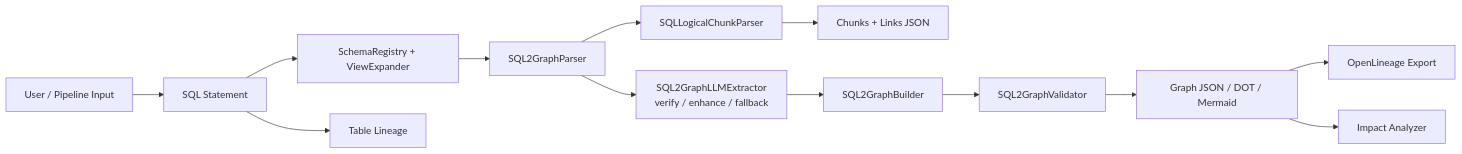
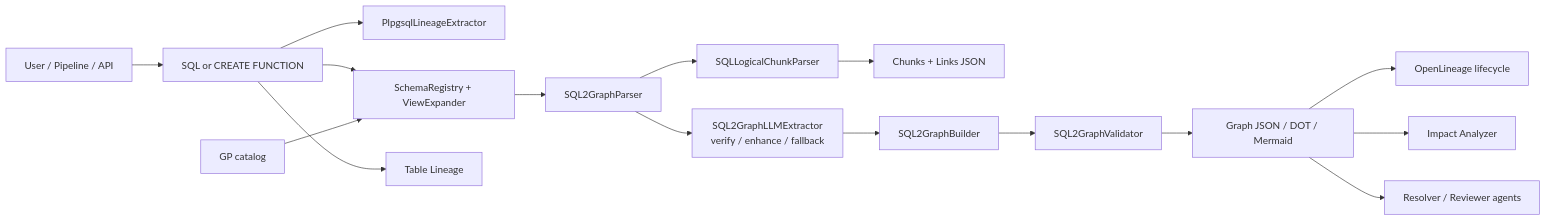
One commit to Xpehutta/llm4lineage changed the first of 2 diagrams in README.md. Above: the diagram before and after it, drawn with Mermaid. The commit also changed other lines of this file, not shown here.

First line of the commit message:
docs: refresh README for phases A–G (PL/pgSQL, API, agents, CI)

````diff
--- a/README.md
+++ b/README.md
@@ -33,16 +34,19 @@
 ```mermaid
 flowchart LR
-    U[User / Pipeline Input] --> Q1[SQL Statement]
+    U[User / Pipeline / API] --> Q1[SQL or CREATE FUNCTION]
 
+    Q1 --> PL[PlpgsqlLineageExtractor]
     Q1 --> SR[SchemaRegistry + ViewExpander]
     SR --> P[SQL2GraphParser]
     P --> CH[SQLLogicalChunkParser]
     CH --> CK[Chunks + Links JSON]
     P --> XL[SQL2GraphLLMExtractor<br/>verify / enhance / fallback]
     XL --> B[SQL2GraphBuilder]
     B --> V[SQL2GraphValidator]
     V --> G[Graph JSON / DOT / Mermaid]
-    G --> OL[OpenLineage Export]
+    G --> OL[OpenLineage lifecycle]
     G --> IM[Impact Analyzer]
+    G --> AG[Resolver / Reviewer agents]
     Q1 --> TL[Table Lineage]
+    GP[GP catalog] --> SR
 ```
````
